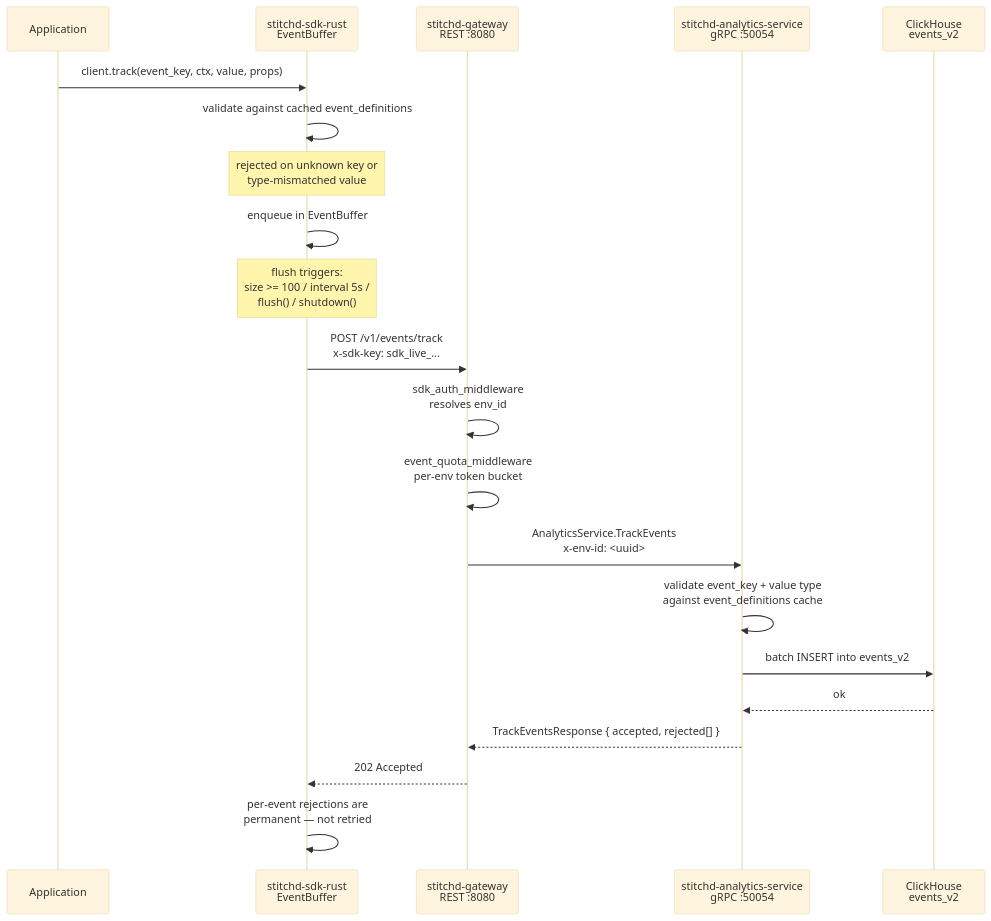
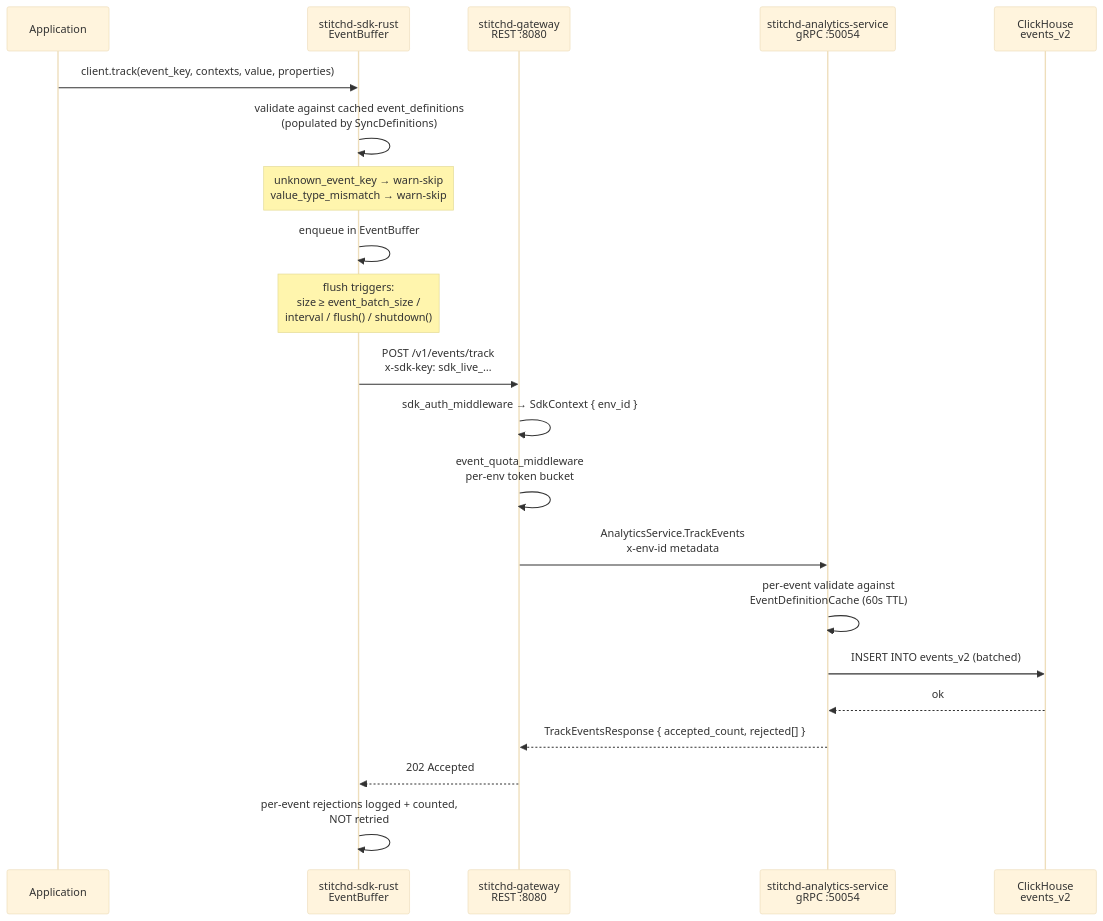
Before and after one commit to stitchd-dev/feature-flag: the diagram in docs/src/architecture/events.md, drawn with Mermaid (base theme). The commit also changed other lines of this file and 24 other files, not shown here.

````diff
--- a/docs/src/architecture/events.md
+++ b/docs/src/architecture/events.md
@@ -33,25 +64,25 @@
 ```mermaid
 sequenceDiagram
     participant App as Application
     participant SDK as stitchd-sdk-rust<br/>EventBuffer
     participant GW as stitchd-gateway<br/>REST :8080
-    participant ANS as stitchd-analytics-service<br/>gRPC :50054
+    participant ANL as stitchd-analytics-service<br/>gRPC :50054
     participant CH as ClickHouse<br/>events_v2
 
-    App->>SDK: client.track(event_key, ctx, value, props)
-    SDK->>SDK: validate against cached event_definitions
-    Note over SDK: rejected on unknown key or<br/>type-mismatched value
+    App->>SDK: client.track(event_key, contexts, value, properties)
+    SDK->>SDK: validate against cached event_definitions<br/>(populated by SyncDefinitions)
+    Note over SDK: unknown_event_key → warn-skip<br/>value_type_mismatch → warn-skip
     SDK->>SDK: enqueue in EventBuffer
 
-    Note over SDK: flush triggers:<br/>size >= 100 / interval 5s /<br/>flush() / shutdown()
-    SDK->>GW: POST /v1/events/track<br/>x-sdk-key: sdk_live_...
-    GW->>GW: sdk_auth_middleware<br/>resolves env_id
+    Note over SDK: flush triggers:<br/>size ≥ event_batch_size /<br/>interval / flush() / shutdown()
+    SDK->>GW: POST /v1/events/track<br/>x-sdk-key: sdk_live_…
+    GW->>GW: sdk_auth_middleware → SdkContext { env_id }
     GW->>GW: event_quota_middleware<br/>per-env token bucket
-    GW->>ANS: AnalyticsService.TrackEvents<br/>x-env-id: <uuid>
-    ANS->>ANS: validate event_key + value type<br/>against event_definitions cache
-    ANS->>CH: batch INSERT into events_v2
-    CH-->>ANS: ok
-    ANS-->>GW: TrackEventsResponse { accepted, rejected[] }
+    GW->>ANL: AnalyticsService.TrackEvents<br/>x-env-id metadata
+    ANL->>ANL: per-event validate against<br/>EventDefinitionCache (60s TTL)
+    ANL->>CH: INSERT INTO events_v2 (batched)
+    CH-->>ANL: ok
+    ANL-->>GW: TrackEventsResponse { accepted_count, rejected[] }
     GW-->>SDK: 202 Accepted
-    SDK->>SDK: per-event rejections are<br/>permanent — not retried
+    SDK->>SDK: per-event rejections logged + counted,<br/>NOT retried
 ```
````
